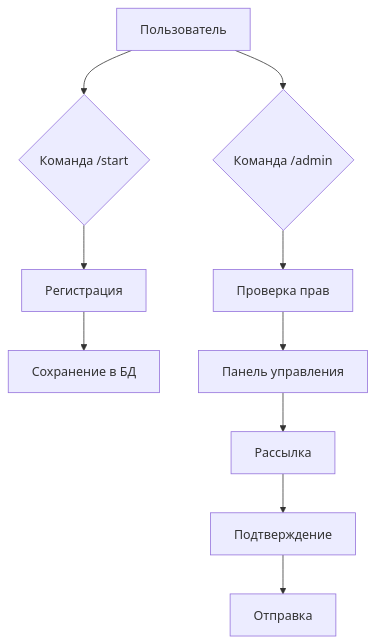
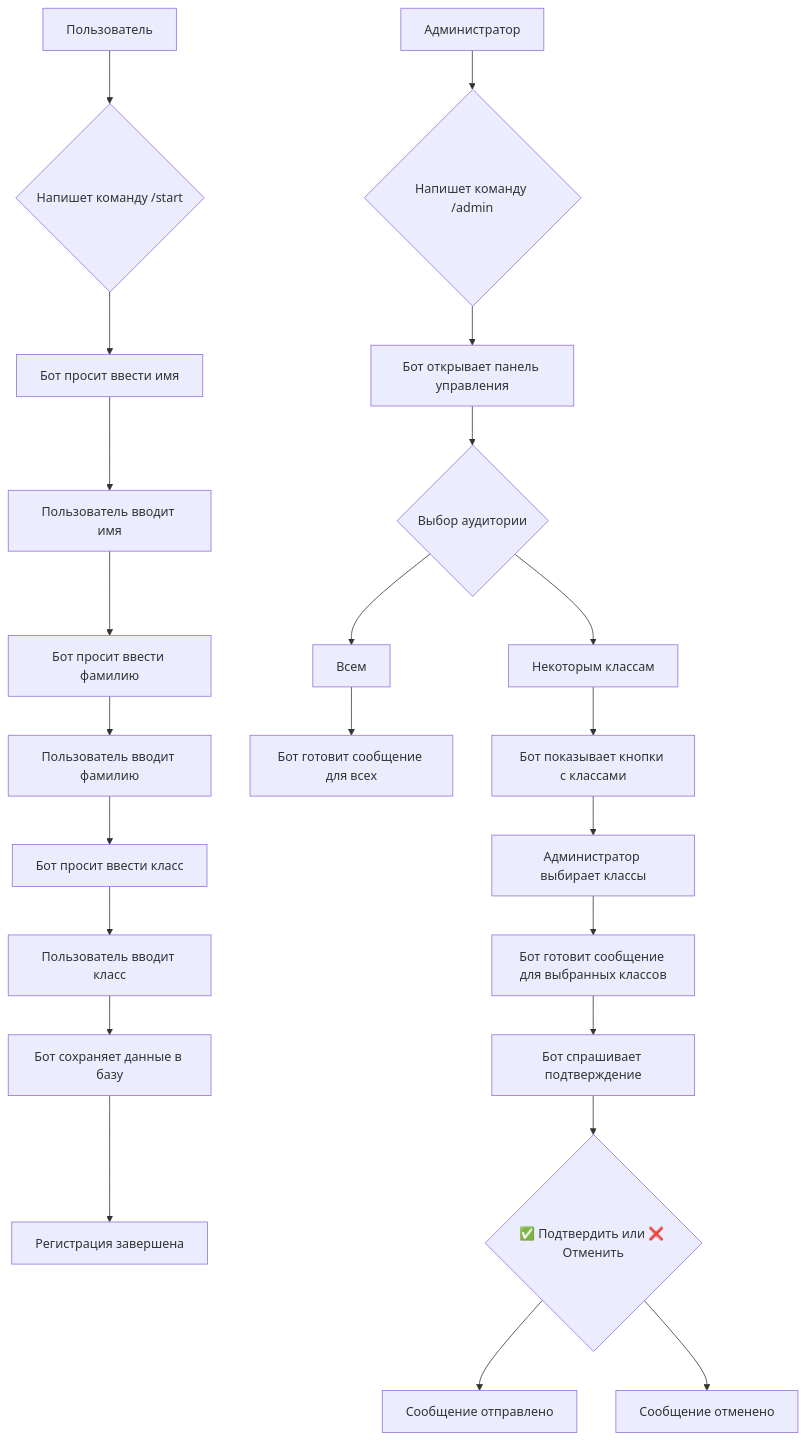
One commit to Kirill-Lischener/mermaid changed the diagram in README.md. Above: the diagram before and after it, drawn with Mermaid.

````diff
--- a/README.md
+++ b/README.md
@@ -1,12 +1,26 @@
 ```mermaid
 graph TD
-    A[Пользователь] --> B{Команда /start}
-    B --> C[Регистрация]
-    C --> D[Сохранение в БД]
-    A --> E{Команда /admin}
-    E --> F[Проверка прав]
-    F --> G[Панель управления]
-    G --> H[Рассылка]
-    H --> I[Подтверждение]
-    I --> J[Отправка]
+    A[Пользователь] --> B{Напишет команду /start}
+    B --> C[Бот просит ввести имя]
+    C --> D[Пользователь вводит имя]
+    D --> E[Бот просит ввести фамилию]
+    E --> F[Пользователь вводит фамилию]
+    F --> G[Бот просит ввести класс]
+    G --> H[Пользователь вводит класс]
+    H --> I[Бот сохраняет данные в базу]
+    I --> J[Регистрация завершена]
+
+    K[Администратор] --> L{Напишет команду /admin}
+    L --> M[Бот открывает панель управления]
+    M --> N{Выбор аудитории}
+    N --> O[Всем]
+    N --> P[Некоторым классам]
+    O --> Q[Бот готовит сообщение для всех]
+    P --> R[Бот показывает кнопки с классами]
+    R --> S[Администратор выбирает классы]
+    S --> T[Бот готовит сообщение для выбранных классов]
+    T --> U[Бот спрашивает подтверждение]
+    U --> V{✅ Подтвердить или ❌ Отменить}
+    V --> W[Сообщение отправлено]
+    V --> X[Сообщение отменено]
 ```
````
